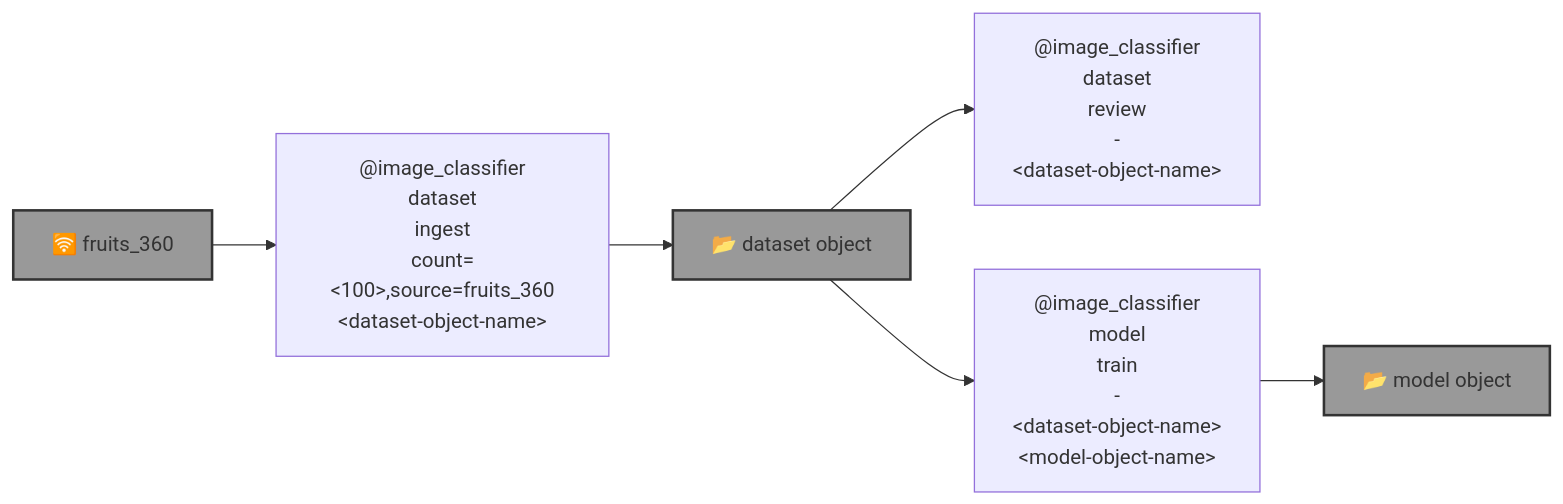
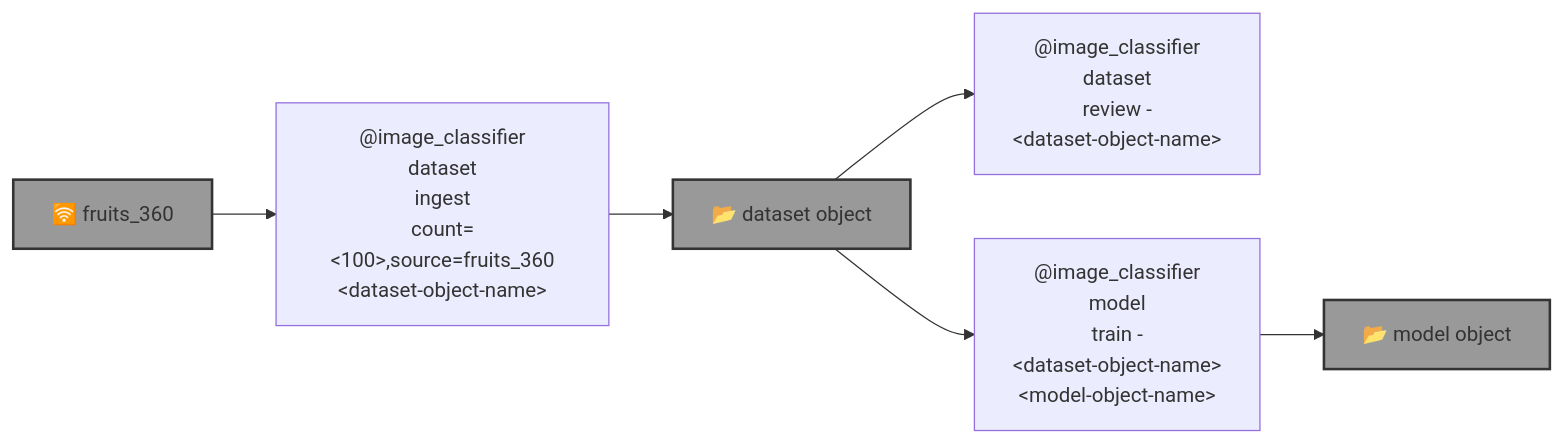
One commit to kamangir/bluer-algo changed the diagram in README.md. Above: the diagram before and after it, drawn with Mermaid. The commit also changed other lines of this file and 2 other files, not shown here.

Commit message:
++ - kamangir/bolt#746

````diff
--- a/README.md
+++ b/README.md
@@ -13,22 +13,22 @@
 ```mermaid
 graph LR
     image_classifier_dataset_ingest["@image_classifier<br>dataset<br>ingest<br>count=&lt;100&gt;,source=fruits_360<br>&lt;dataset-object-name&gt;"]
 
-    image_classifier_dataset_review["@image_classifier<br>dataset<br>review<br>-<br>&lt;dataset-object-name&gt;"]
+    image_classifier_dataset_review["@image_classifier<br>dataset<br>review -<br>&lt;dataset-object-name&gt;"]
 
-    image_classifier_model_train["@image_classifier<br>model<br>train<br>-<br>&lt;dataset-object-name&gt;<br>&lt;model-object-name&gt;"]
+    image_classifier_model_train["@image_classifier<br>model<br>train -<br>&lt;dataset-object-name&gt;<br>&lt;model-object-name&gt;"]
 
     fruits_360["🛜 fruits_360"]:::folder
     dataset_object["📂 dataset object"]:::folder
     model_object["📂 model object"]:::folder
 
     fruits_360 --> image_classifier_dataset_ingest
     image_classifier_dataset_ingest --> dataset_object
 
     dataset_object --> image_classifier_dataset_review
 
     dataset_object --> image_classifier_model_train
     image_classifier_model_train --> model_object
 
     classDef folder fill:#999,stroke:#333,stroke-width:2px;
 ```
````
